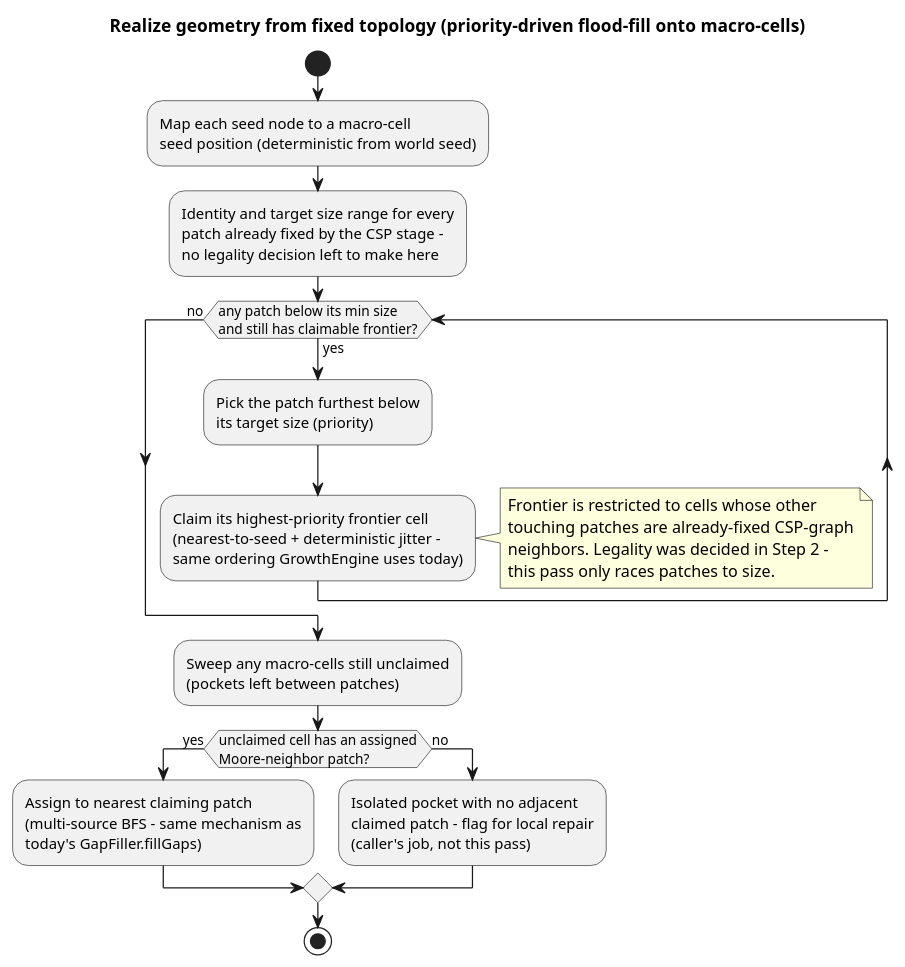
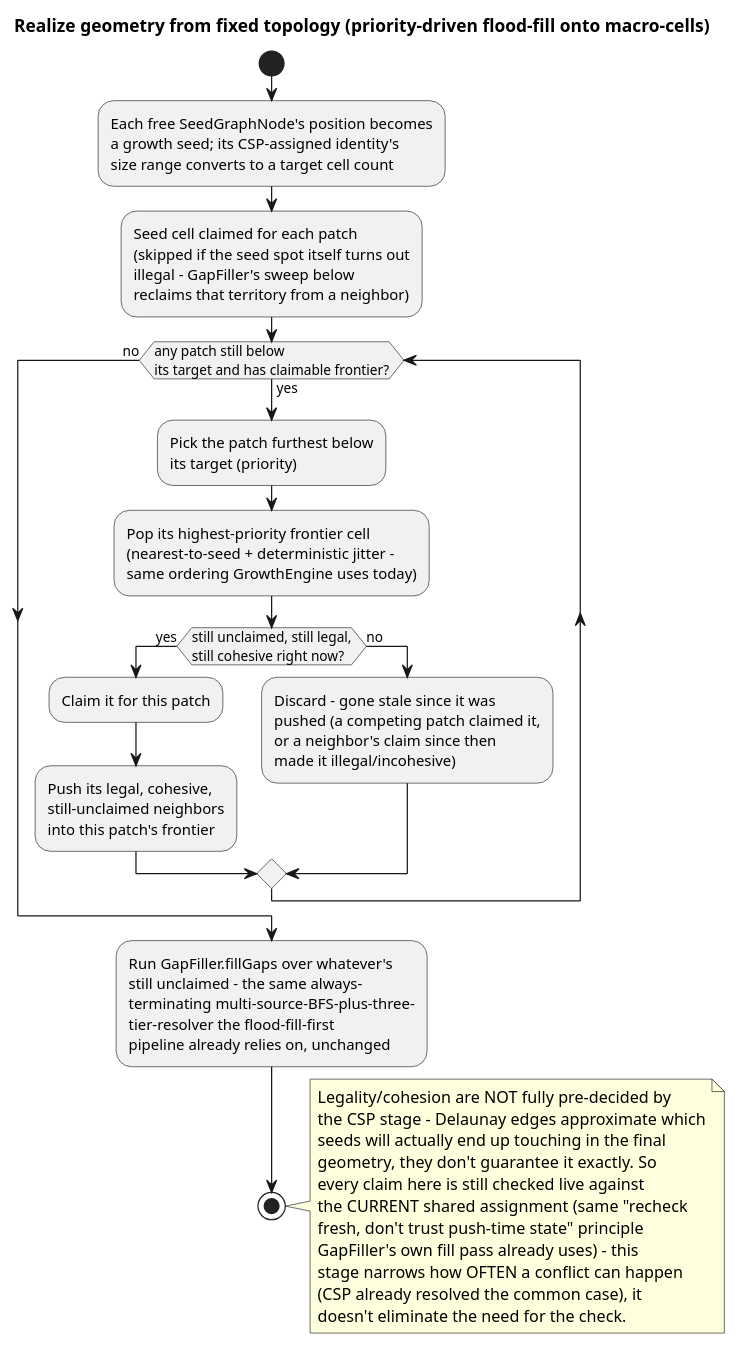
Before and after one commit to Boulede987/Mine-Utz: the diagram in companion-mods/mineutze-worldgen/doc/Modelisation/ActivityDiagram/geometry-realization.puml, drawn with PlantUML. The commit also changed 3 other files, not shown here.

```diff
--- a/companion-mods/mineutze-worldgen/doc/Modelisation/ActivityDiagram/geometry-realization.puml
+++ b/companion-mods/mineutze-worldgen/doc/Modelisation/ActivityDiagram/geometry-realization.puml
@@ -1,27 +1,36 @@
 @startuml
 title Realize geometry from fixed topology (priority-driven flood-fill onto macro-cells)
 
 start
-:Map each seed node to a macro-cell\nseed position (deterministic from world seed);
-:Identity and target size range for every\npatch already fixed by the CSP stage -\nno legality decision left to make here;
+:Each free SeedGraphNode's position becomes\na growth seed; its CSP-assigned identity's\nsize range converts to a target cell count;
+:Seed cell claimed for each patch\n(skipped if the seed spot itself turns out\nillegal - GapFiller's sweep below\nreclaims that territory from a neighbor);
 
-while (any patch below its min size\nand still has claimable frontier?) is (yes)
-  :Pick the patch furthest below\nits target size (priority);
-  :Claim its highest-priority frontier cell\n(nearest-to-seed + deterministic jitter -\nsame ordering GrowthEngine uses today);
-  note right
-    Frontier is restricted to cells whose other
-    touching patches are already-fixed CSP-graph
-    neighbors. Legality was decided in Step 2 -
-    this pass only races patches to size.
-  end note
+while (any patch still below\nits target and has claimable frontier?) is (yes)
+  :Pick the patch furthest below\nits target (priority);
+  :Pop its highest-priority frontier cell\n(nearest-to-seed + deterministic jitter -\nsame ordering GrowthEngine uses today);
+  if (still unclaimed, still legal,\nstill cohesive right now?) then (yes)
+    :Claim it for this patch;
+    :Push its legal, cohesive,\nstill-unclaimed neighbors\ninto this patch's frontier;
+  else (no)
+    :Discard - gone stale since it was\npushed (a competing patch claimed it,\nor a neighbor's claim since then\nmade it illegal/incohesive);
+  endif
 endwhile (no)
 
-:Sweep any macro-cells still unclaimed\n(pockets left between patches);
-if (unclaimed cell has an assigned\nMoore-neighbor patch?) then (yes)
-  :Assign to nearest claiming patch\n(multi-source BFS - same mechanism as\ntoday's GapFiller.fillGaps);
-else (no)
-  :Isolated pocket with no adjacent\nclaimed patch - flag for local repair\n(caller's job, not this pass);
-endif
+:Run GapFiller.fillGaps over whatever's\nstill unclaimed - the same always-\nterminating multi-source-BFS-plus-three-\ntier-resolver the flood-fill-first\npipeline already relies on, unchanged;
 
 stop
+
+note right
+  Legality/cohesion are NOT fully pre-decided by
+  the CSP stage - Delaunay edges approximate which
+  seeds will actually end up touching in the final
+  geometry, they don't guarantee it exactly. So
+  every claim here is still checked live against
+  the CURRENT shared assignment (same "recheck
+  fresh, don't trust push-time state" principle
+  GapFiller's own fill pass already uses) - this
+  stage narrows how OFTEN a conflict can happen
+  (CSP already resolved the common case), it
+  doesn't eliminate the need for the check.
+end note
 @enduml
```
